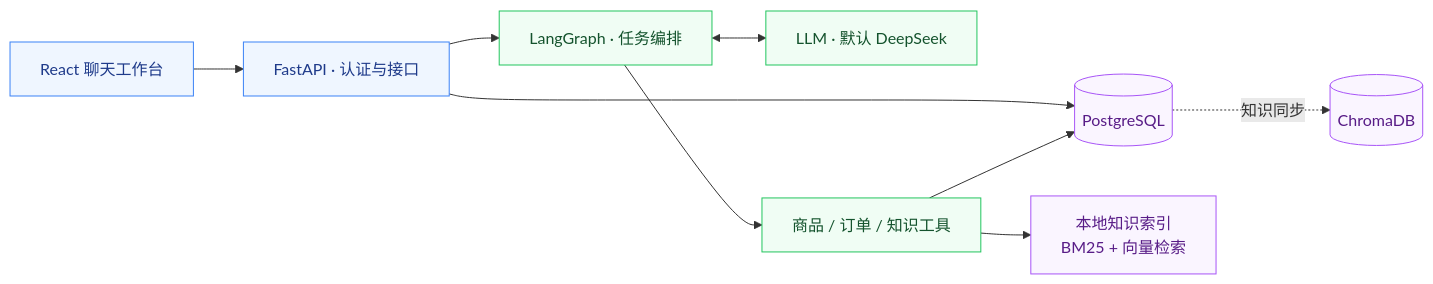
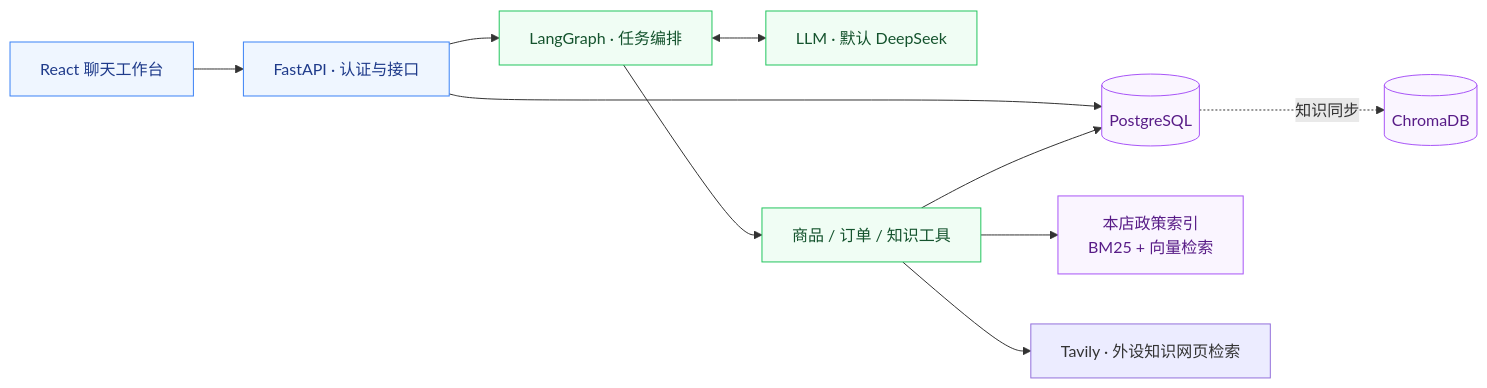
One commit to Laleylaa/pc-ecommerce-agent changed the diagram in README.md. Above: the diagram before and after it, drawn with Mermaid. The commit also changed other lines of this file and 279 other files, not shown here.

````diff
--- a/README.md
+++ b/README.md
@@ -44,18 +44,19 @@
 ```mermaid
 flowchart LR
     UI["React 聊天工作台"] --> API["FastAPI · 认证与接口"]
     API --> Agent["LangGraph · 任务编排"]
     Agent <--> LLM["LLM · 默认 DeepSeek"]
     Agent --> Tools["商品 / 订单 / 知识工具"]
     API --> DB[(PostgreSQL)]
     Tools --> DB
-    Tools --> Index["本地知识索引<br/>BM25 + 向量检索"]
+    Tools --> Index["本店政策索引<br/>BM25 + 向量检索"]
+    Tools --> Web["Tavily · 外设知识网页检索"]
     DB -. 知识同步 .-> Chroma[(ChromaDB)]
 
     classDef entry fill:#eff6ff,stroke:#3b82f6,color:#1e3a8a
     classDef agent fill:#f0fdf4,stroke:#22c55e,color:#14532d
     classDef data fill:#faf5ff,stroke:#a855f7,color:#581c87
     class UI,API entry
     class Agent,LLM,Tools agent
     class DB,Index,Chroma data
 ```
````
